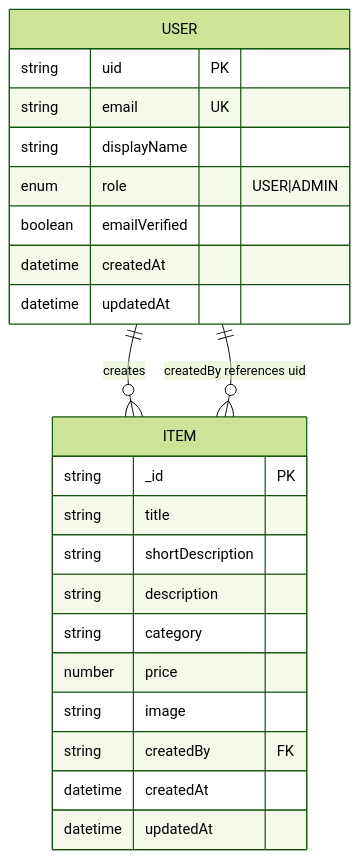
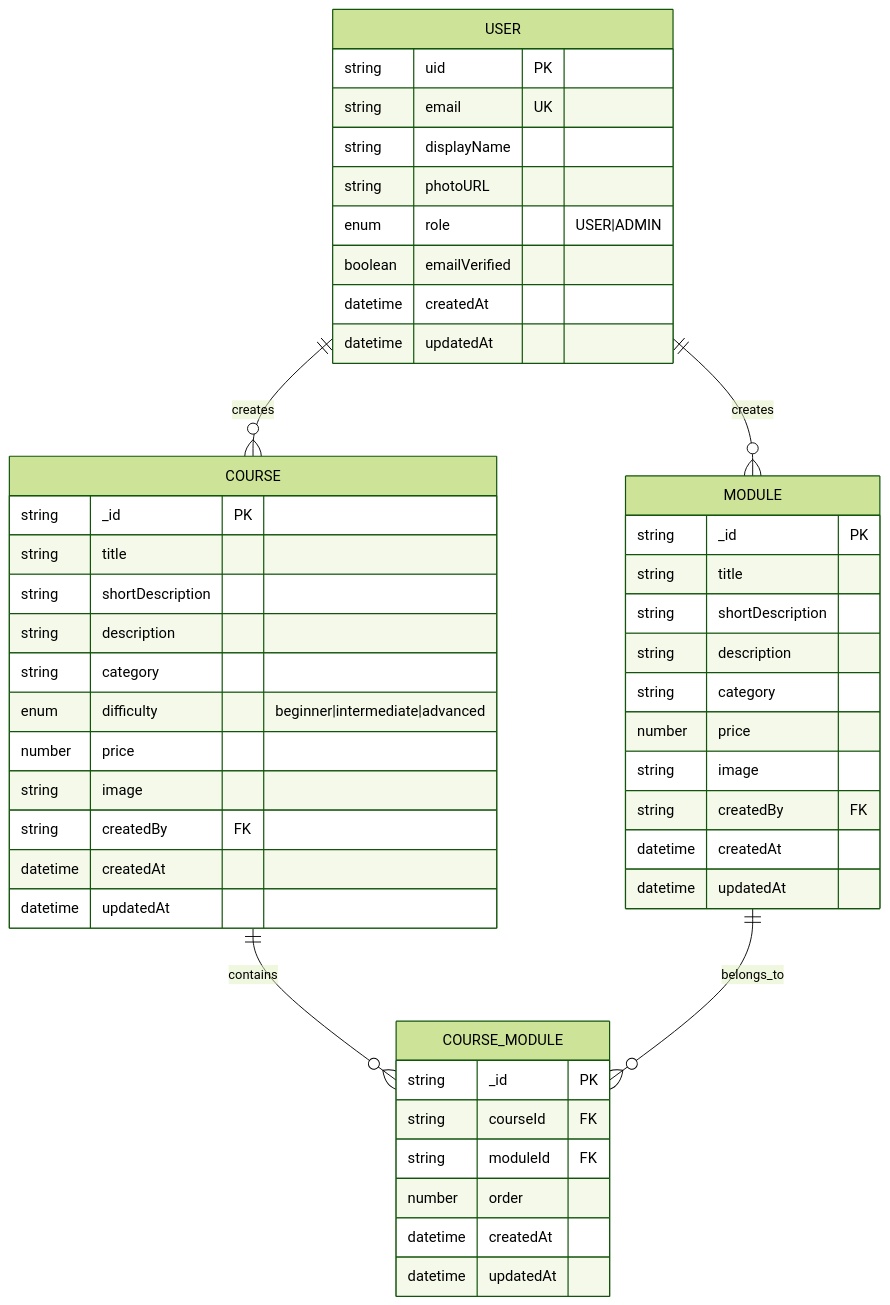
Before and after one commit to Sarwarhridoy4/StudyVault: diagram 14 of 16 in README.md, drawn with Mermaid (forest theme). The commit also changed other lines of this file and 36 other files, not shown here.

First line of the commit message:
Refactor: study→course, item→module with linking capability

````diff
--- a/README.md
+++ b/README.md
@@ -960,28 +1092,54 @@
 ```mermaid
 erDiagram
-    USER ||--o{ ITEM : creates
+    USER ||--o{ MODULE : creates
+    USER ||--o{ COURSE : creates
+    COURSE ||--o{ COURSE_MODULE : contains
+    MODULE ||--o{ COURSE_MODULE : belongs_to
+    
     USER {
         string uid PK
         string email UK
         string displayName
+        string photoURL
         enum role "USER|ADMIN"
         boolean emailVerified
         datetime createdAt
         datetime updatedAt
     }
     
-    ITEM {
+    MODULE {
         string _id PK
         string title
         string shortDescription
         string description
         string category
         number price
         string image
         string createdBy FK
         datetime createdAt
         datetime updatedAt
     }
     
-    ITEM }o--|| USER : "createdBy references uid"
+    COURSE {
+        string _id PK
+        string title
+        string shortDescription
+        string description
+        string category
+        enum difficulty "beginner|intermediate|advanced"
+        number price
+        string image
+        string createdBy FK
+        datetime createdAt
+        datetime updatedAt
+    }
+    
+    COURSE_MODULE {
+        string _id PK
+        string courseId FK
+        string moduleId FK
+        number order
+        datetime createdAt
+        datetime updatedAt
+    }
 ```
````
